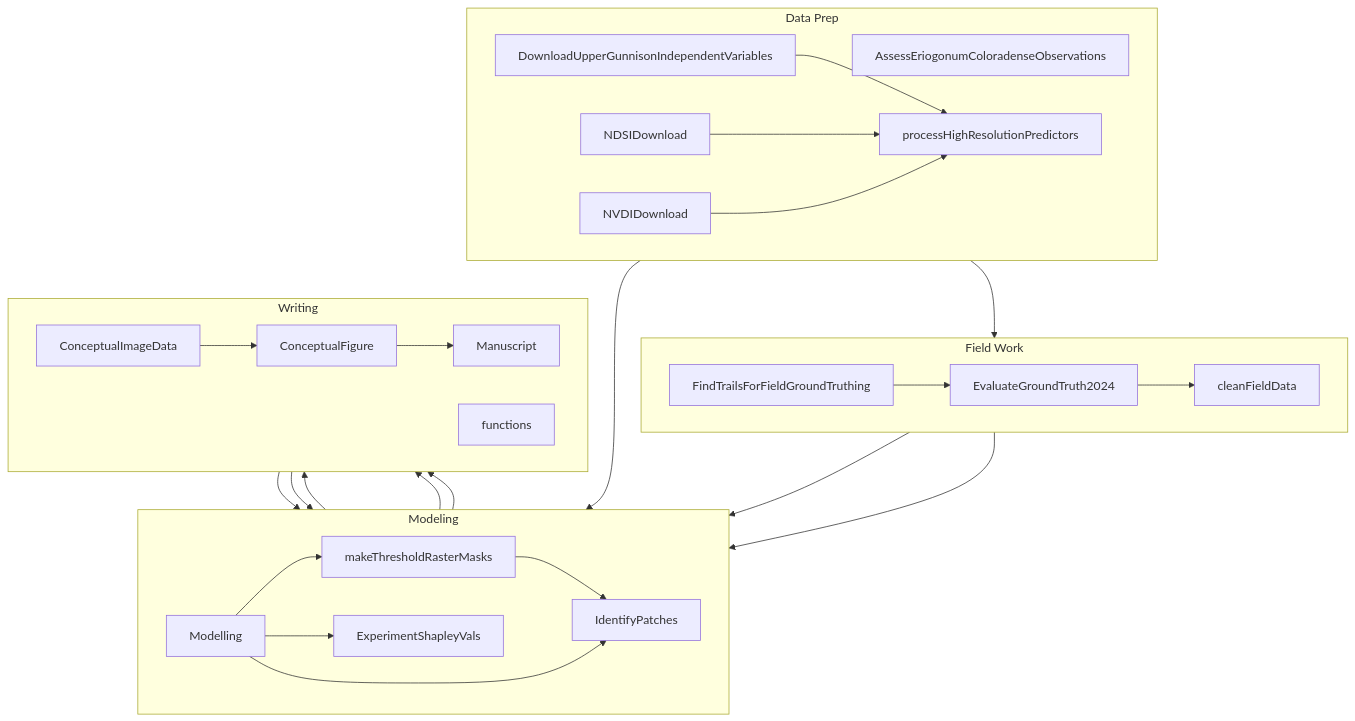
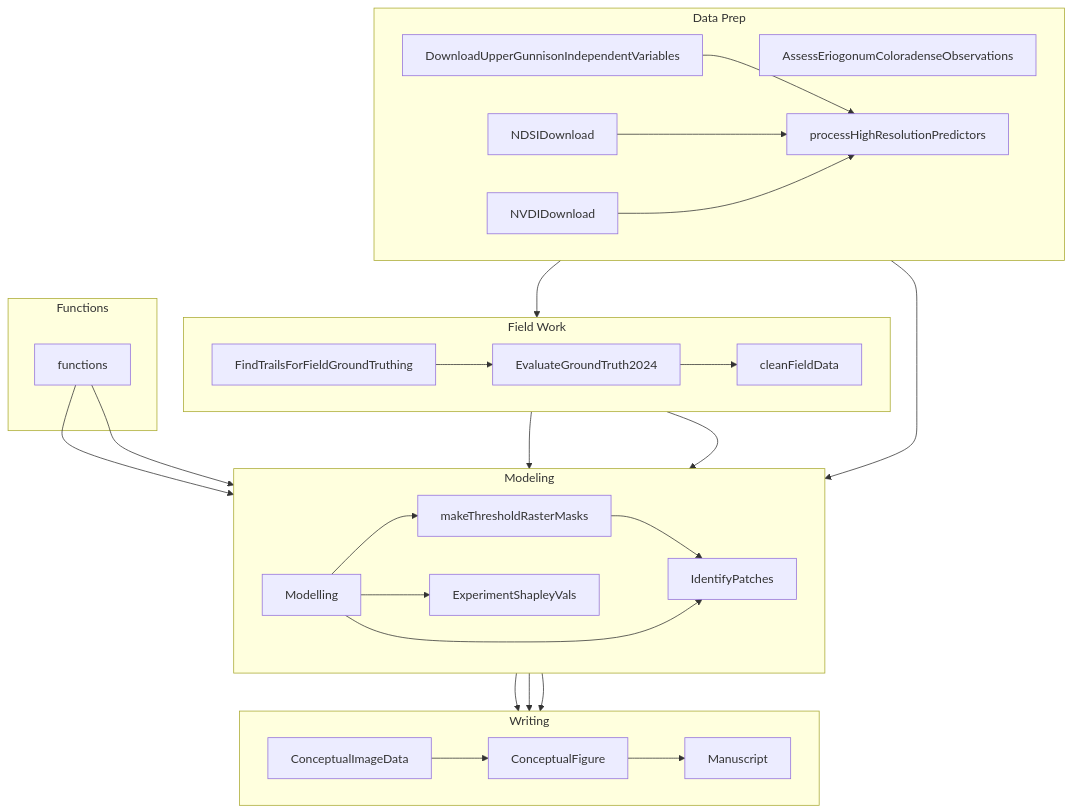
Before and after one commit to sagesteppe/Ecoloradense: the diagram in README.md, drawn with Mermaid.

````diff
--- a/README.md
+++ b/README.md
@@ -44,70 +44,70 @@
 ```mermaid
 %%{init: {'theme': 'base', 'themeVariables': {
     'clusterBkg': '#e0f7fa', /* Light cyan for Data Prep */
     'clusterBorder': '#00838f', /* Dark cyan border */
     'clusterTitle': '#004d40', /* Dark teal title text */
     'clusterText': '#004d40' /* Dark teal text */
 }}}%%
 graph TD
     %% Data Prep Subgraph
     subgraph DataPrep["Data Prep"]
         direction LR
         AssessEriogonumColoradenseObservations
         DownloadUpperGunnisonIndependentVariables
         processHighResolutionPredictors
         NDSIDownload
         NVDIDownload
     end
 
     %% Field Work Subgraph
     subgraph FieldWork["Field Work"]
         direction LR
         FindTrailsForFieldGroundTruthing
         EvaluateGroundTruth2024
         cleanFieldData
     end
 
     %% Modeling Subgraph
     subgraph Modeling["Modeling"]
         direction LR
         Modelling
         IdentifyPatches
         makeThresholdRasterMasks
         ExperimentShapleyVals
     end
 
     %% Writing Subgraph
     subgraph Writing["Writing"]
         direction LR
         ConceptualImageData
         ConceptualFigure
         Manuscript
     end
     
     %% Functions Subgraph
-    subgraph Writing["Writing"]
+    subgraph Functions["Functions"]
       functions
     end
 
     %% Connections
     DownloadUpperGunnisonIndependentVariables --> processHighResolutionPredictors
     NDSIDownload --> processHighResolutionPredictors
     NVDIDownload --> processHighResolutionPredictors
     AssessEriogonumColoradenseObservations --> FindTrailsForFieldGroundTruthing
     FindTrailsForFieldGroundTruthing --> EvaluateGroundTruth2024
     EvaluateGroundTruth2024 --> cleanFieldData
     cleanFieldData --> Modelling
     Modelling --> makeThresholdRasterMasks
     makeThresholdRasterMasks --> IdentifyPatches
     processHighResolutionPredictors --> Modelling
     Modelling --> IdentifyPatches
     Modelling --> ExperimentShapleyVals
     Modelling --> Manuscript
     ExperimentShapleyVals --> Manuscript
     IdentifyPatches --> Manuscript
     cleanFieldData --> IdentifyPatches
     ConceptualImageData --> ConceptualFigure
     ConceptualFigure --> Manuscript
     functions --> Modelling
     functions --> IdentifyPatches
 ```
````
